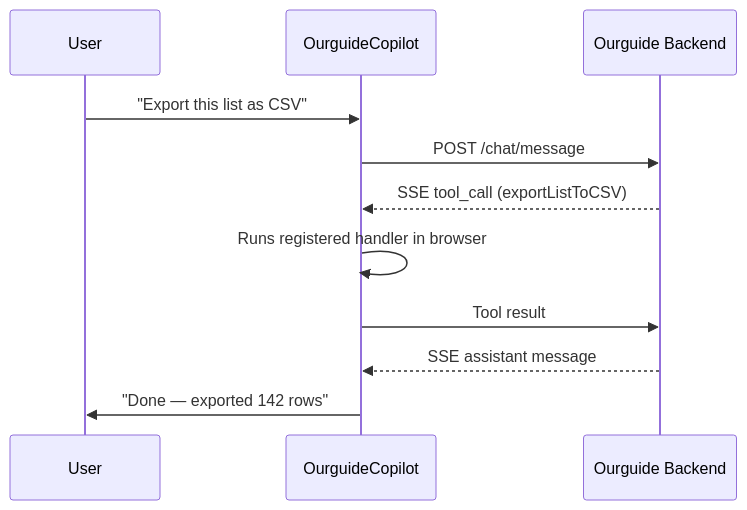
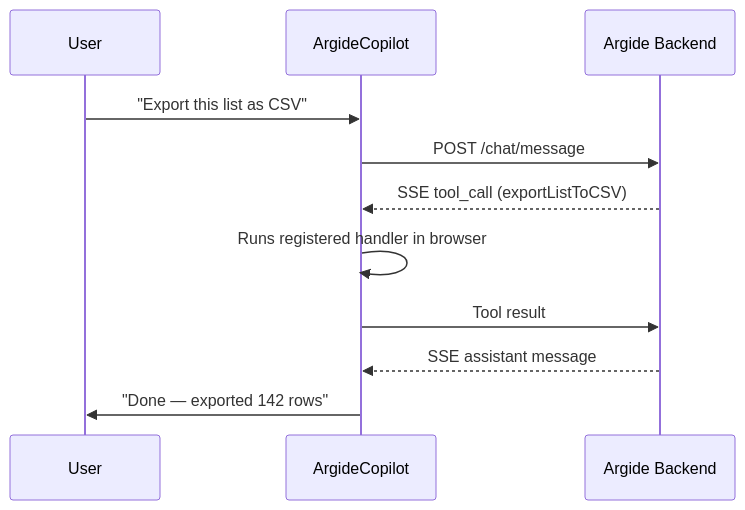
Before and after one commit to Ourguide-ai/docs: the diagram in integration/client-side-tools.mdx, drawn with Mermaid. The commit also changed other lines of this file and 30 other files, not shown here.

Commit message:
change the ourguide to argide

````diff
--- a/integration/client-side-tools.mdx
+++ b/integration/client-side-tools.mdx
@@ -91,14 +91,14 @@
 ```mermaid
 sequenceDiagram
     participant User
-    participant OurguideCopilot
-    participant OurguideBackend as Ourguide Backend
+    participant ArgideCopilot
+    participant ArgideBackend as Argide Backend
 
-    User->>OurguideCopilot: "Export this list as CSV"
-    OurguideCopilot->>OurguideBackend: POST /chat/message
-    OurguideBackend-->>OurguideCopilot: SSE tool_call (exportListToCSV)
-    OurguideCopilot->>OurguideCopilot: Runs registered handler in browser
-    OurguideCopilot->>OurguideBackend: Tool result
-    OurguideBackend-->>OurguideCopilot: SSE assistant message
-    OurguideCopilot->>User: "Done — exported 142 rows"
+    User->>ArgideCopilot: "Export this list as CSV"
+    ArgideCopilot->>ArgideBackend: POST /chat/message
+    ArgideBackend-->>ArgideCopilot: SSE tool_call (exportListToCSV)
+    ArgideCopilot->>ArgideCopilot: Runs registered handler in browser
+    ArgideCopilot->>ArgideBackend: Tool result
+    ArgideBackend-->>ArgideCopilot: SSE assistant message
+    ArgideCopilot->>User: "Done — exported 142 rows"
 ```
````
